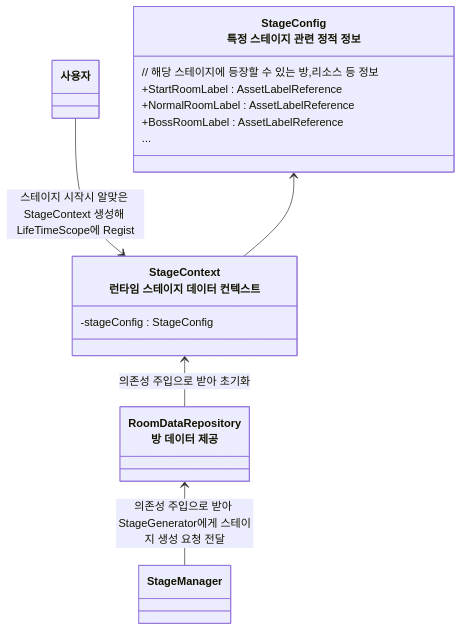
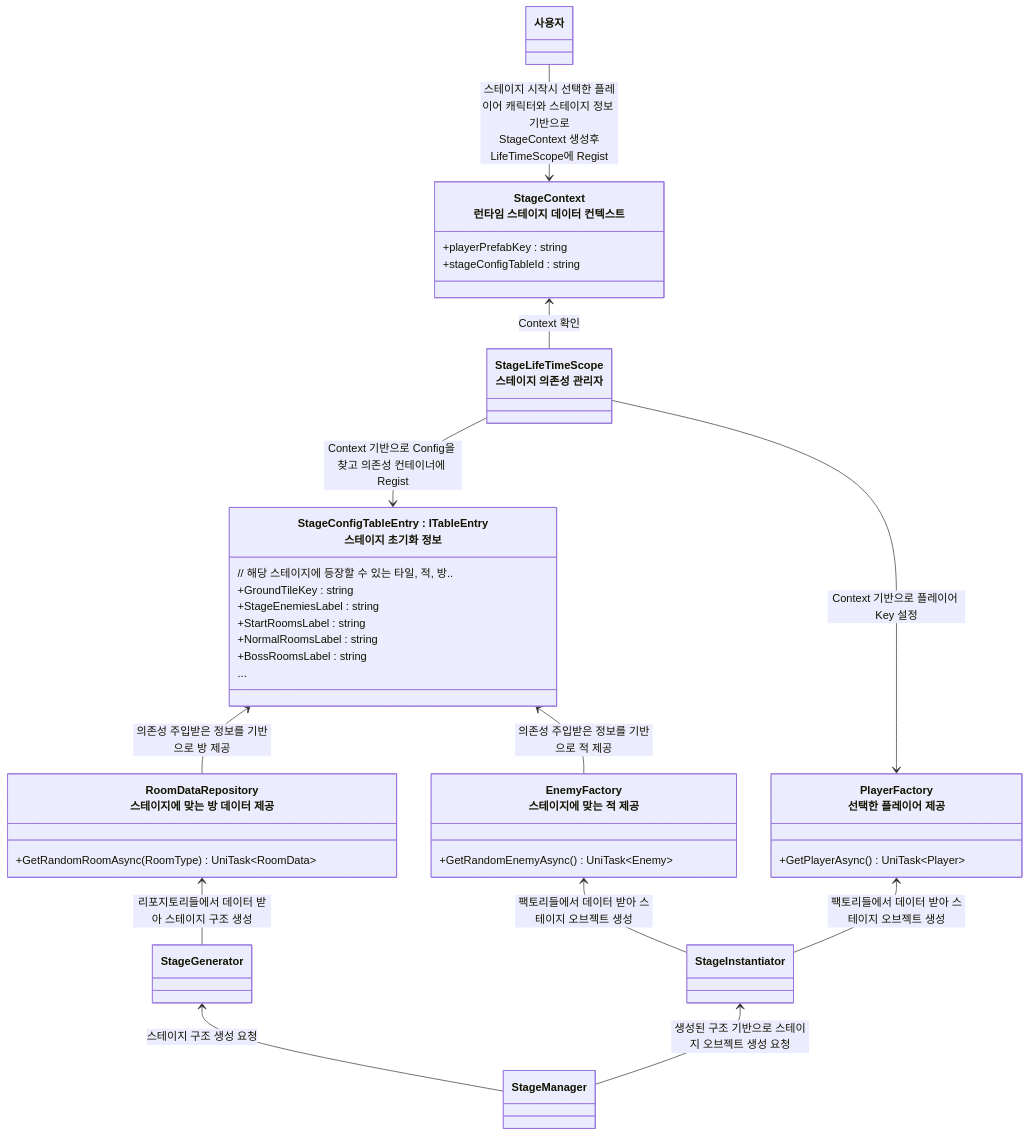
The third of 5 diagrams in README/스테이지_설계.md (JIN5EOK/DungeonShooter), drawn with Mermaid before and after one commit. The commit also changed other lines of this file, not shown here.

Commit message:
docs: StageConfig 테이블 기반으로 변경하기 위한 구조 설계도 작성

````diff
--- a/README/스테이지_설계.md
+++ b/README/스테이지_설계.md
@@ -116,21 +116,42 @@
 ```mermaid
 classDiagram
-    class StageConfig["StageConfig<br>특정 스테이지 관련 정적 정보"]{
-        // 해당 스테이지에 등장할 수 있는 방,리소스 등 정보
-        +StartRoomLabel : AssetLabelReference
-        +NormalRoomLabel : AssetLabelReference
-        +BossRoomLabel : AssetLabelReference
+    class StageConfigTableEntry["StageConfigTableEntry : ITableEntry<br>스테이지 초기화 정보"]{
+        // 해당 스테이지에 등장할 수 있는 타일, 적, 방..
+        +GroundTileKey : string
+        +StageEnemiesLabel : string
+        +StartRoomsLabel : string
+        +NormalRoomsLabel : string
+        +BossRoomsLabel : string
         ...
- }
+    }
+
     class StageContext["StageContext<br>런타임 스테이지 데이터 컨텍스트"]{
-        -stageConfig : StageConfig
+        +playerPrefabKey : string
+        +stageConfigTableId : string
     }
     
-    사용자 --> StageContext : 스테이지 시작시 알맞은 StageContext 생성해 LifeTimeScope에 Regist
-    class RoomDataRepository["RoomDataRepository<br>방 데이터 제공"]{
+    사용자 --> StageContext : 스테이지 시작시 선택한 플레이어 캐릭터와 스테이지 정보 기반으로<br> StageContext 생성후 LifeTimeScope에 Regist
+    class RoomDataRepository["RoomDataRepository<br>스테이지에 맞는 방 데이터 제공"]{
+        +GetRandomRoomAsync(RoomType) UniTask~RoomData~
+    }
+    
+    class EnemyFactory["EnemyFactory<br>스테이지에 맞는 적 제공"]{
+        +GetRandomEnemyAsync() UniTask~Enemy~
     }
 
-    StageContext <-- RoomDataRepository : 의존성 주입으로 받아 초기화
-    StageConfig <-- StageContext
-    RoomDataRepository <-- StageManager : 의존성 주입으로 받아 StageGenerator에게 스테이지 생성 요청 전달
+    class PlayerFactory["PlayerFactory<br>선택한 플레이어 제공"]{
+        +GetPlayerAsync() UniTask~Player~
+    }
+    
+    class StageLifeTimeScope["StageLifeTimeScope<br>스테이지 의존성 관리자"]
+    StageContext <-- StageLifeTimeScope : Context 확인
+    StageLifeTimeScope --> StageConfigTableEntry : Context 기반으로 Config을 찾고 의존성 컨테이너에 Regist
+    StageConfigTableEntry <-- RoomDataRepository : 의존성 주입받은 정보를 기반으로 방 제공
+    StageConfigTableEntry <-- EnemyFactory : 의존성 주입받은 정보를 기반으로 적 제공
+    StageLifeTimeScope --> PlayerFactory   : Context 기반으로 플레이어 Key 설정
+    RoomDataRepository <-- StageGenerator : 리포지토리들에서 데이터 받아 스테이지 구조 생성
+    EnemyFactory <-- StageInstantiator : 팩토리들에서 데이터 받아 스테이지 오브젝트 생성
+    PlayerFactory <-- StageInstantiator : 팩토리들에서 데이터 받아 스테이지 오브젝트 생성
+    StageGenerator <-- StageManager : 스테이지 구조 생성 요청
+    StageInstantiator <-- StageManager : 생성된 구조 기반으로 스테이지 오브젝트 생성 요청
 ```
````
